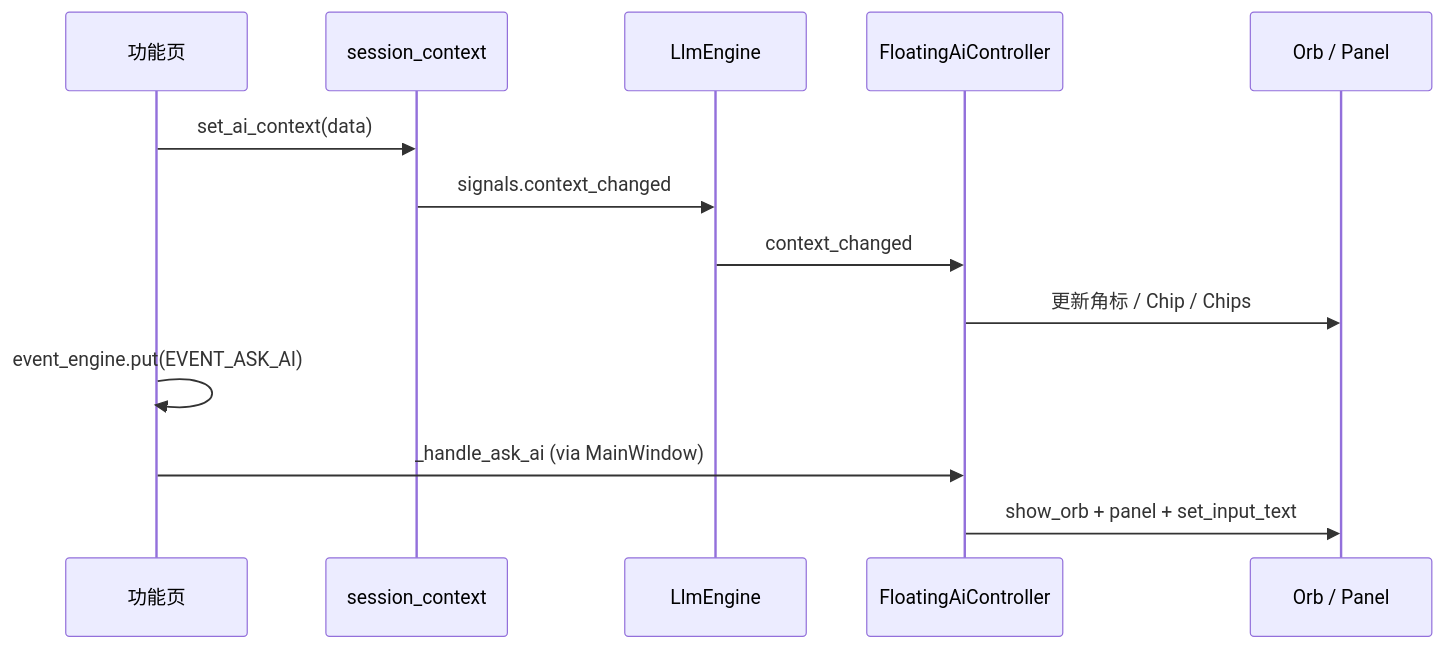
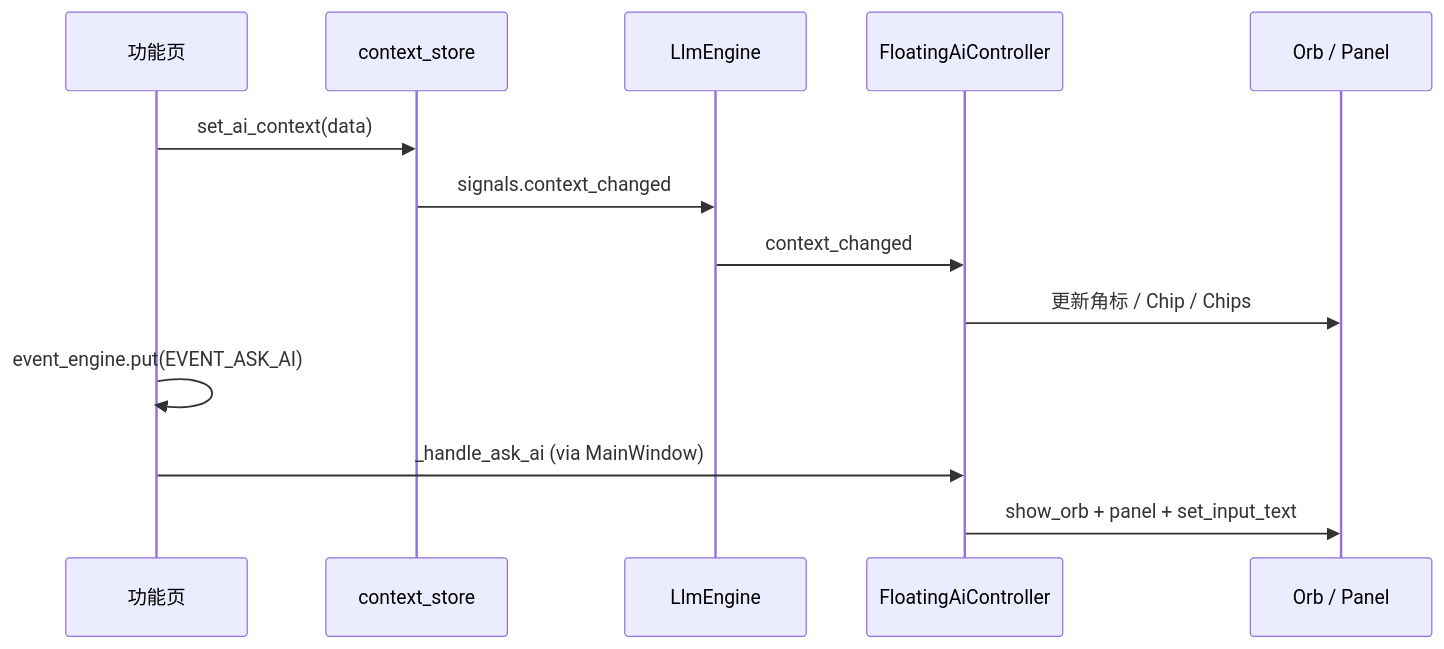
One commit to xiezg247/zak changed the diagram in docs/superpowers/specs/2026-06-08-floating-orb-enhancement-design.md. Above: the diagram before and after it, drawn with Mermaid. The commit also changed other lines of this file and 10 other files, not shown here.

````diff
--- a/docs/superpowers/specs/2026-06-08-floating-orb-enhancement-design.md
+++ b/docs/superpowers/specs/2026-06-08-floating-orb-enhancement-design.md
@@ -170,17 +175,17 @@
 ```mermaid
 sequenceDiagram
     participant Page as 功能页
-    participant SC as session_context
+    participant CS as context_store
     participant LLM as LlmEngine
     participant FC as FloatingAiController
     participant UI as Orb / Panel
 
-    Page->>SC: set_ai_context(data)
-    SC->>LLM: signals.context_changed
+    Page->>CS: set_ai_context(data)
+    CS->>LLM: signals.context_changed
     LLM->>FC: context_changed
     FC->>UI: 更新角标 / Chip / Chips
 
     Page->>Page: event_engine.put(EVENT_ASK_AI)
     Page->>FC: _handle_ask_ai (via MainWindow)
     FC->>UI: show_orb + panel + set_input_text
 ```
````
